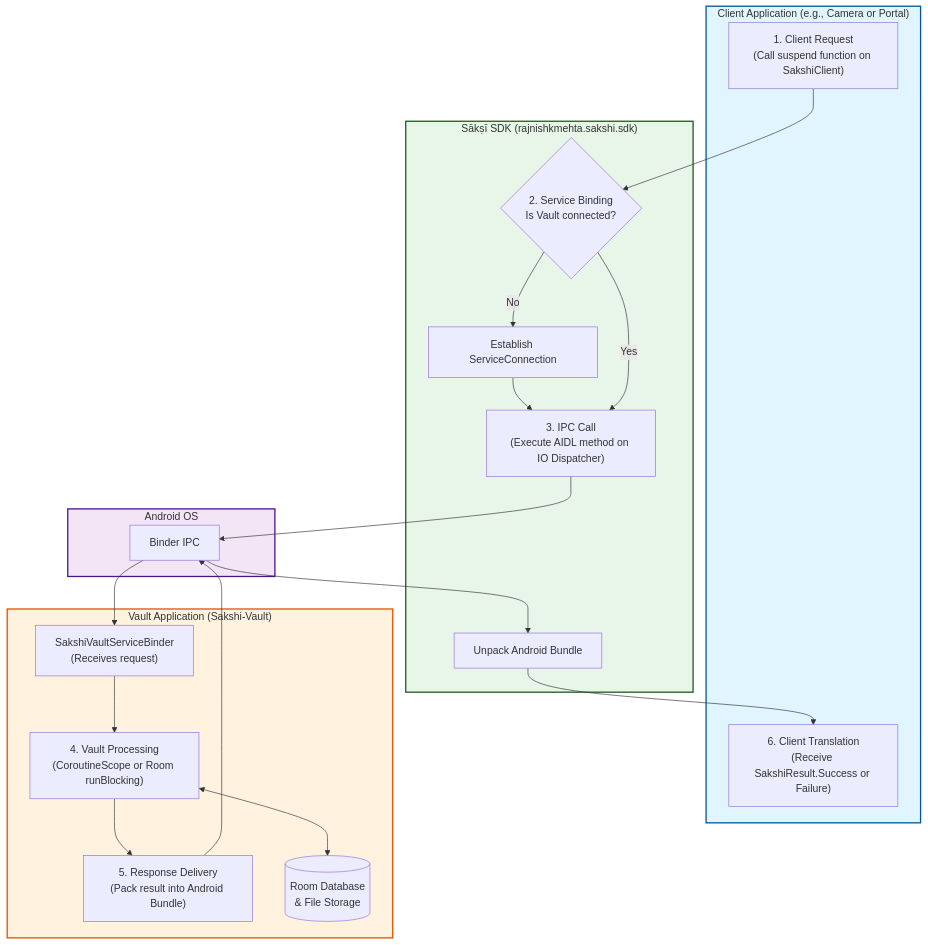
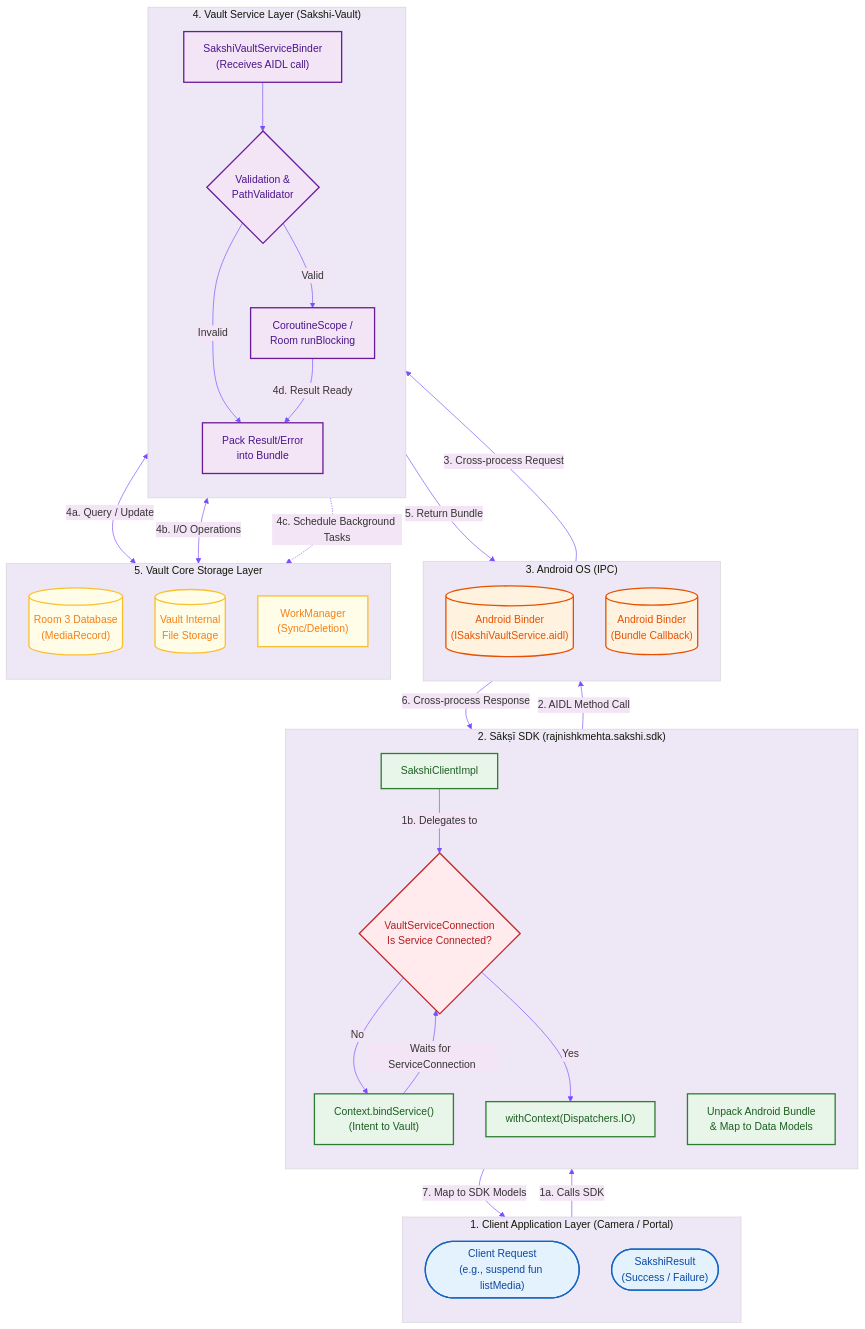
The diagram in 00_docs/developer-guide/concepts/architecture-flow.md (RajnishKMehta/Sakshi-All), drawn with Mermaid before and after one commit. The commit also changed other lines of this file, not shown here.

Commit message:
docs: enhance architecture flowchart with greater detail and better styling

````diff
--- a/00_docs/developer-guide/concepts/architecture-flow.md
+++ b/00_docs/developer-guide/concepts/architecture-flow.md
@@ -5,54 +5,95 @@
 ```mermaid
+%%{
+  init: {
+    'theme': 'base',
+    'themeVariables': {
+      'primaryColor': '#ffffff',
+      'primaryTextColor': '#333333',
+      'primaryBorderColor': '#7c4dff',
+      'lineColor': '#7c4dff',
+      'secondaryColor': '#f3e5f5',
+      'tertiaryColor': '#ede7f6',
+      'fontFamily': 'arial, sans-serif'
+    }
+  }
+}%%
 flowchart TD
-    %% Define components
-    subgraph ClientApp["Client Application (e.g., Camera or Portal)"]
-        Request["1. Client Request\n(Call suspend function on SakshiClient)"]
-        Result["6. Client Translation\n(Receive SakshiResult.Success or Failure)"]
+    %% Definitions
+    subgraph ClientLayer ["1. Client Application Layer (Camera / Portal)"]
+        direction TB
+        ClientReq(["Client Request\n(e.g., suspend fun listMedia)"])
+        ClientRes(["SakshiResult\n(Success / Failure)"])
     end
 
-    subgraph SakshiSDK["Sākṣī SDK (rajnishkmehta.sakshi.sdk)"]
-        Binding{"2. Service Binding\nIs Vault connected?"}
-        Bind["Establish ServiceConnection"]
-        Dispatch["3. IPC Call\n(Execute AIDL method on IO Dispatcher)"]
-        Unpack["Unpack Android Bundle"]
+    subgraph SDKLayer ["2. Sākṣī SDK (rajnishkmehta.sakshi.sdk)"]
+        direction TB
+        SakshiClient["SakshiClientImpl"]
+        CheckConn{"VaultServiceConnection\nIs Service Connected?"}
+        BindService["Context.bindService()\n(Intent to Vault)"]
+        DispatchIO["withContext(Dispatchers.IO)"]
+        Unpack["Unpack Android Bundle\n& Map to Data Models"]
     end
 
-    subgraph AndroidOS["Android OS"]
-        IPC["Binder IPC"]
+    subgraph OS ["3. Android OS (IPC)"]
+        direction TB
+        BinderReq[("Android Binder\n(ISakshiVaultService.aidl)")]
+        BinderRes[("Android Binder\n(Bundle Callback)")]
     end
 
-    subgraph VaultApp["Vault Application (Sakshi-Vault)"]
-        Binder["SakshiVaultServiceBinder\n(Receives request)"]
-        Process["4. Vault Processing\n(CoroutineScope or Room runBlocking)"]
-        Pack["5. Response Delivery\n(Pack result into Android Bundle)"]
-        Storage[("Room Database\n& File Storage")]
+    subgraph VaultLayer ["4. Vault Service Layer (Sakshi-Vault)"]
+        direction TB
+        VaultBinder["SakshiVaultServiceBinder\n(Receives AIDL call)"]
+        Validate{"Validation &\nPathValidator"}
+        Processing["CoroutineScope /\nRoom runBlocking"]
+        PackBundle["Pack Result/Error\ninto Bundle"]
     end
 
-    %% Define flow
-    Request --> Binding
-    Binding -- No --> Bind --> Dispatch
-    Binding -- Yes --> Dispatch
+    subgraph StorageLayer ["5. Vault Core Storage Layer"]
+        direction TB
+        DB[("Room 3 Database\n(MediaRecord)")]
+        FileStore[("Vault Internal\nFile Storage")]
+        WorkManager["WorkManager\n(Sync/Deletion)"]
+    end
 
-    Dispatch --> IPC
-    IPC --> Binder
+    %% Flow - Request Phase
+    ClientReq -->|1a. Calls SDK| SakshiClient
+    SakshiClient -->|1b. Delegates to| CheckConn
+    CheckConn -- "No" --> BindService
+    BindService --> |"Waits for ServiceConnection"| CheckConn
+    CheckConn -- "Yes" --> DispatchIO
 
-    Binder --> Process
-    Process <--> Storage
-    Process --> Pack
+    DispatchIO -->|2. AIDL Method Call| BinderReq
+    BinderReq -->|3. Cross-process Request| VaultBinder
 
-    Pack --> IPC
-    IPC --> Unpack
+    %% Flow - Vault Processing Phase
+    VaultBinder --> Validate
+    Validate -- "Valid" --> Processing
+    Validate -- "Invalid" --> PackBundle
 
-    Unpack --> Result
+    Processing <-->|4a. Query / Update| DB
+    Processing <-->|4b. I/O Operations| FileStore
+    Processing -.->|4c. Schedule Background Tasks| WorkManager
 
-    %% Styling
-    classDef client fill:#e1f5fe,stroke:#01579b,stroke-width:2px;
-    classDef sdk fill:#e8f5e9,stroke:#1b5e20,stroke-width:2px;
-    classDef vault fill:#fff3e0,stroke:#e65100,stroke-width:2px;
-    classDef os fill:#f3e5f5,stroke:#4a148c,stroke-width:2px;
+    Processing -->|4d. Result Ready| PackBundle
 
-    class ClientApp client;
-    class SakshiSDK sdk;
-    class VaultApp vault;
-    class AndroidOS os;
+    %% Flow - Response Phase
+    PackBundle -->|5. Return Bundle| BinderRes
+    BinderRes -->|6. Cross-process Response| Unpack
+    Unpack -->|7. Map to SDK Models| ClientRes
+
+    %% Styling classes
+    classDef client fill:#e3f2fd,stroke:#1565c0,stroke-width:2px,color:#0d47a1
+    classDef sdk fill:#e8f5e9,stroke:#2e7d32,stroke-width:2px,color:#1b5e20
+    classDef os fill:#fff3e0,stroke:#e65100,stroke-width:2px,color:#e65100
+    classDef vault fill:#f3e5f5,stroke:#6a1b9a,stroke-width:2px,color:#4a148c
+    classDef storage fill:#fffde7,stroke:#fbc02d,stroke-width:2px,color:#f57f17
+    classDef check fill:#ffebee,stroke:#c62828,stroke-width:2px,shape:diamond,color:#b71c1c
+
+    %% Apply styles
+    class ClientReq,ClientRes client
+    class SakshiClient,BindService,DispatchIO,Unpack sdk
+    class CheckConn check
+    class BinderReq,BinderRes os
+    class VaultBinder,Validate,Processing,PackBundle vault
+    class DB,FileStore,WorkManager storage
 ```
````
